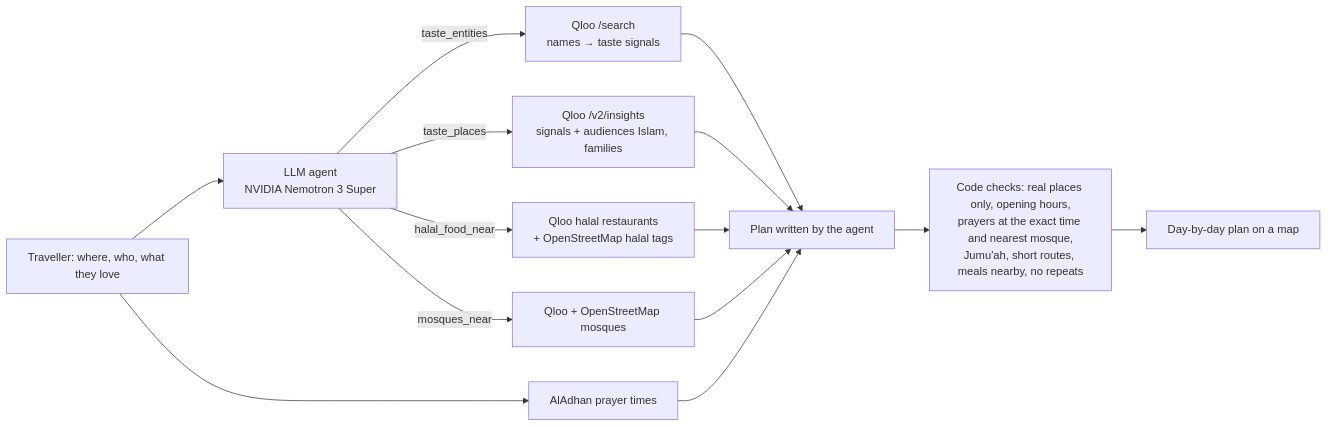
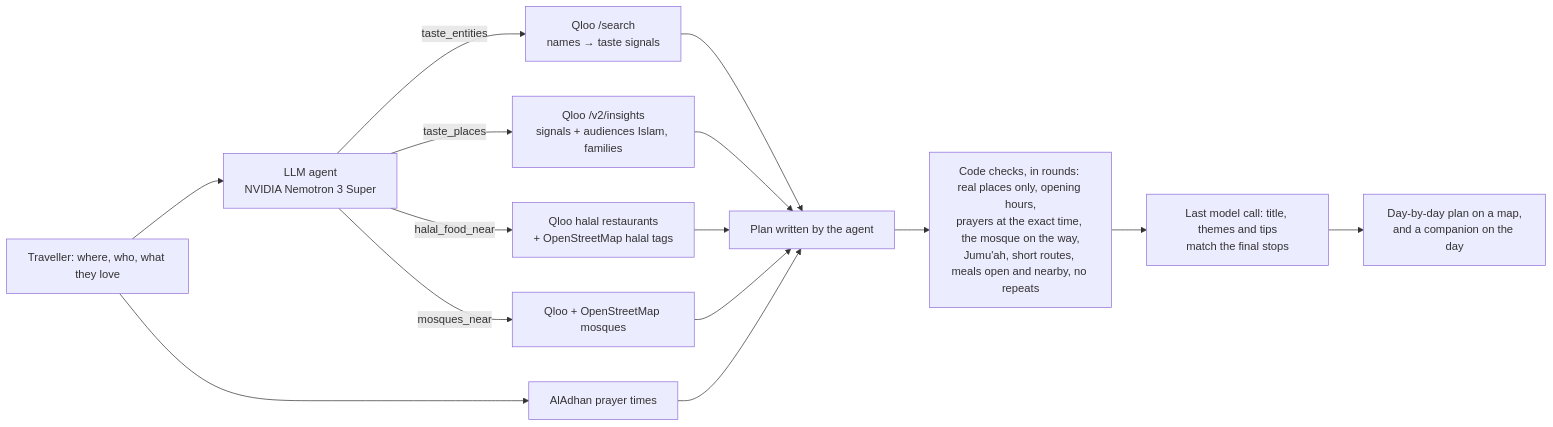
One commit to me7ko-dev/rihla changed the diagram in README.md. Above: the diagram before and after it, drawn with Mermaid. The commit also changed other lines of this file and 9 other files, not shown here.

````diff
--- a/README.md
+++ b/README.md
@@ -52,12 +53,13 @@
 ```mermaid
 flowchart LR
     U["Traveller: where, who, what they love"] --> A["LLM agent<br/>NVIDIA Nemotron 3 Super"]
     A -- "taste_entities" --> Q1["Qloo /search<br/>names → taste signals"]
     A -- "taste_places" --> Q2["Qloo /v2/insights<br/>signals + audiences Islam, families"]
     A -- "halal_food_near" --> H["Qloo halal restaurants<br/>+ OpenStreetMap halal tags"]
     A -- "mosques_near" --> M["Qloo + OpenStreetMap mosques"]
     U --> P["AlAdhan prayer times"]
     Q1 & Q2 & H & M & P --> W["Plan written by the agent"]
-    W --> C["Code checks: real places only, opening hours,<br/>prayers at the exact time and nearest mosque,<br/>Jumu'ah, short routes, meals nearby, no repeats"]
-    C --> R["Day-by-day plan on a map"]
+    W --> C["Code checks, in rounds: real places only, opening hours,<br/>prayers at the exact time, the mosque on the way,<br/>Jumu'ah, short routes, meals open and nearby, no repeats"]
+    C --> E["Last model call: title, themes and tips<br/>match the final stops"]
+    E --> R["Day-by-day plan on a map,<br/>and a companion on the day"]
 ```
````
